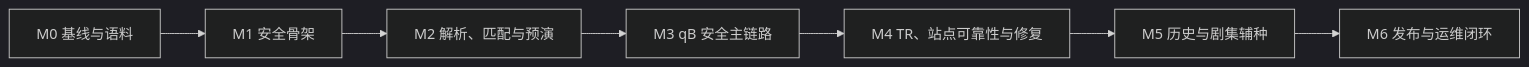
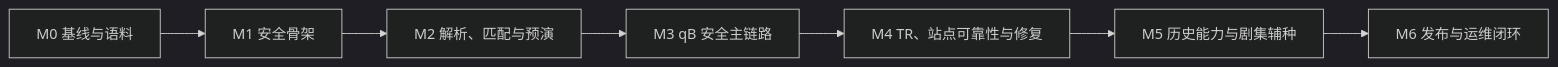
Before and after one commit to YYxiaoma/PackBreaker: the diagram in docs/development-roadmap.md, drawn with Mermaid (dark theme). The commit also changed other lines of this file and 60 other files, not shown here.

````diff
--- a/docs/development-roadmap.md
+++ b/docs/development-roadmap.md
@@ -7,9 +7,9 @@
 ```mermaid
 flowchart LR
     M0[M0 基线与语料] --> M1[M1 安全骨架]
     M1 --> M2[M2 解析、匹配与预演]
     M2 --> M3[M3 qB 安全主链路]
     M3 --> M4[M4 TR、站点可靠性与修复]
-    M4 --> M5[M5 历史与剧集辅种]
+    M4 --> M5[M5 历史能力与剧集辅种]
     M5 --> M6[M6 发布与运维闭环]
 ```
````
